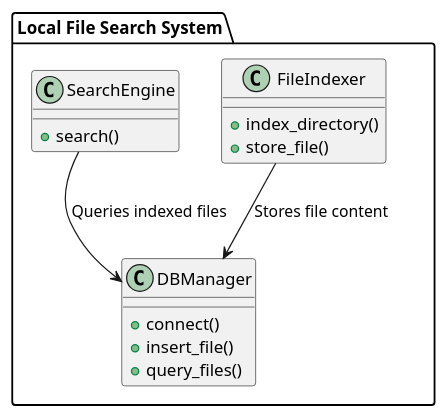
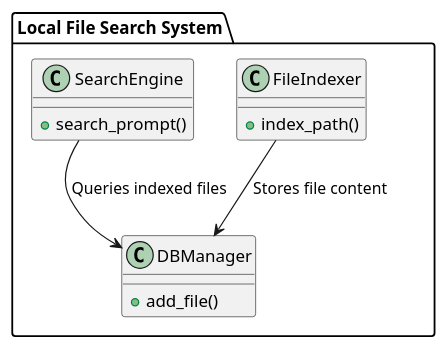
The third of 3 diagrams in architecture.md (Shumy52/local-search-engine), drawn with PlantUML before and after one commit. The commit also changed other lines of this file and 6 other files, not shown here.

````diff
--- a/architecture.md
+++ b/architecture.md
@@ -44,23 +44,20 @@
 ```plantuml
 @startuml
 package "Local File Search System" {
     class FileIndexer {
-        +index_directory()
-        +store_file()
+        +index_path()
     }
     
     class DBManager {
-        +connect()
-        +insert_file()
-        +query_files()
+        +add_file()      
     }
     
     class SearchEngine {
-        +search()
+        +search_prompt()
     }
     
     FileIndexer --> DBManager : Stores file content
     SearchEngine --> DBManager : Queries indexed files
 }
 @enduml
 ```
````
